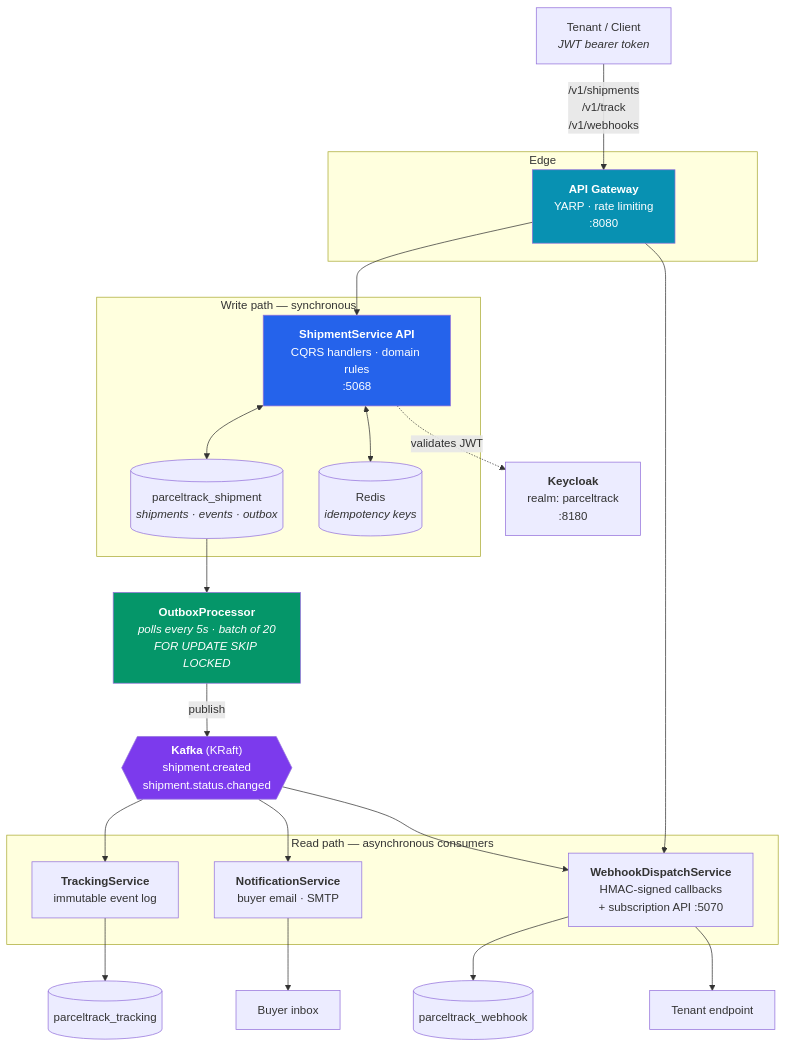
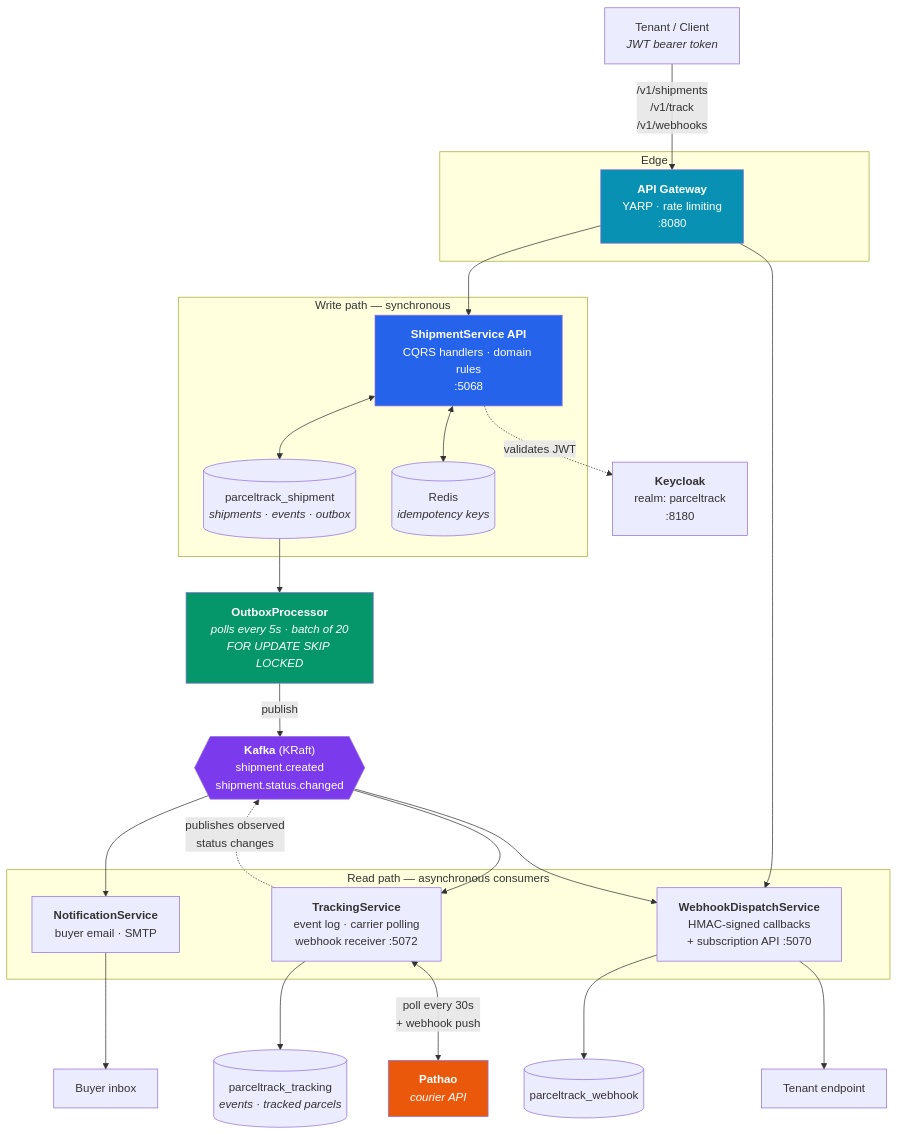
One commit to mahir-hs/ParcelTrack changed the first of 3 diagrams in README.md. Above: the diagram before and after it, drawn with Mermaid. The commit also changed other lines of this file and 34 other files, not shown here.

First line of the commit message:
feat: poll couriers for status and receive carrier webhook pushes

````diff
--- a/README.md
+++ b/README.md
@@ -43,51 +43,55 @@
 ```mermaid
 flowchart TB
     Client["Tenant / Client<br/><i>JWT bearer token</i>"]
 
     subgraph Edge
         GW["<b>API Gateway</b><br/>YARP · rate limiting<br/>:8080"]
     end
 
     subgraph Write["Write path — synchronous"]
         API["<b>ShipmentService API</b><br/>CQRS handlers · domain rules<br/>:5068"]
         PG1[("parceltrack_shipment<br/><i>shipments · events · outbox</i>")]
         REDIS[("Redis<br/><i>idempotency keys</i>")]
     end
 
     OUTBOX["<b>OutboxProcessor</b><br/><i>polls every 5s · batch of 20</i><br/><i>FOR UPDATE SKIP LOCKED</i>"]
     KAFKA{{"<b>Kafka</b> (KRaft)<br/>shipment.created<br/>shipment.status.changed"}}
 
     subgraph Read["Read path — asynchronous consumers"]
-        TRK["<b>TrackingService</b><br/>immutable event log"]
+        TRK["<b>TrackingService</b><br/>event log · carrier polling<br/>webhook receiver :5072"]
         NOT["<b>NotificationService</b><br/>buyer email · SMTP"]
         WHK["<b>WebhookDispatchService</b><br/>HMAC-signed callbacks<br/>+ subscription API :5070"]
     end
 
-    PG2[("parceltrack_tracking")]
+    PG2[("parceltrack_tracking<br/><i>events · tracked parcels</i>")]
+    COURIER["<b>Pathao</b><br/><i>courier API</i>"]
     PG3[("parceltrack_webhook")]
     SMTP["Buyer inbox"]
     TENANT["Tenant endpoint"]
 
     KC["<b>Keycloak</b><br/>realm: parceltrack<br/>:8180"]
 
     Client -->|"/v1/shipments<br/>/v1/track<br/>/v1/webhooks"| GW
     GW --> API
     GW --> WHK
     API <--> PG1
     API <--> REDIS
     API -.->|"validates JWT"| KC
     PG1 --> OUTBOX
     OUTBOX -->|publish| KAFKA
     KAFKA --> TRK
     KAFKA --> NOT
     KAFKA --> WHK
     TRK --> PG2
+    TRK <-->|"poll every 30s<br/>+ webhook push"| COURIER
+    TRK -.->|"publishes observed<br/>status changes"| KAFKA
     WHK --> PG3
     NOT --> SMTP
     WHK --> TENANT
 
     style API fill:#2563eb,color:#fff
     style KAFKA fill:#7c3aed,color:#fff
     style OUTBOX fill:#059669,color:#fff
     style GW fill:#0891b2,color:#fff
+    style COURIER fill:#ea580c,color:#fff
 ```
````
